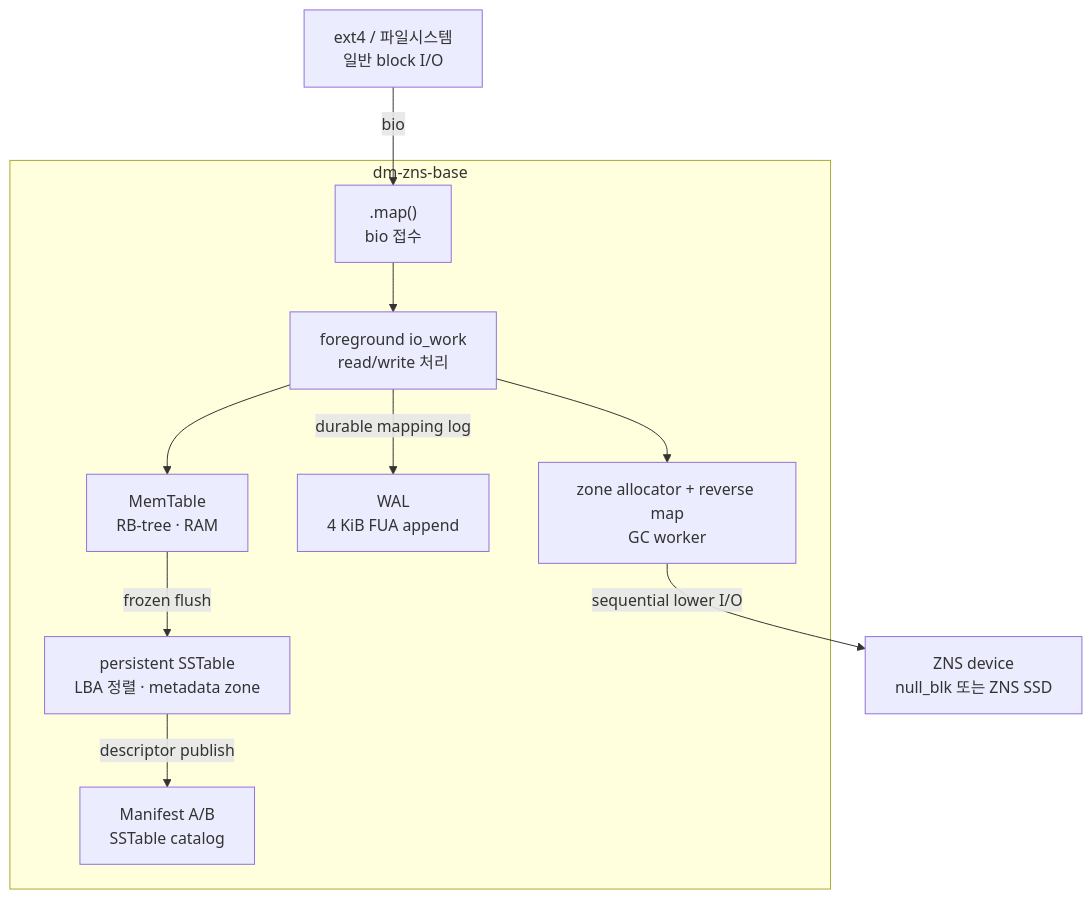
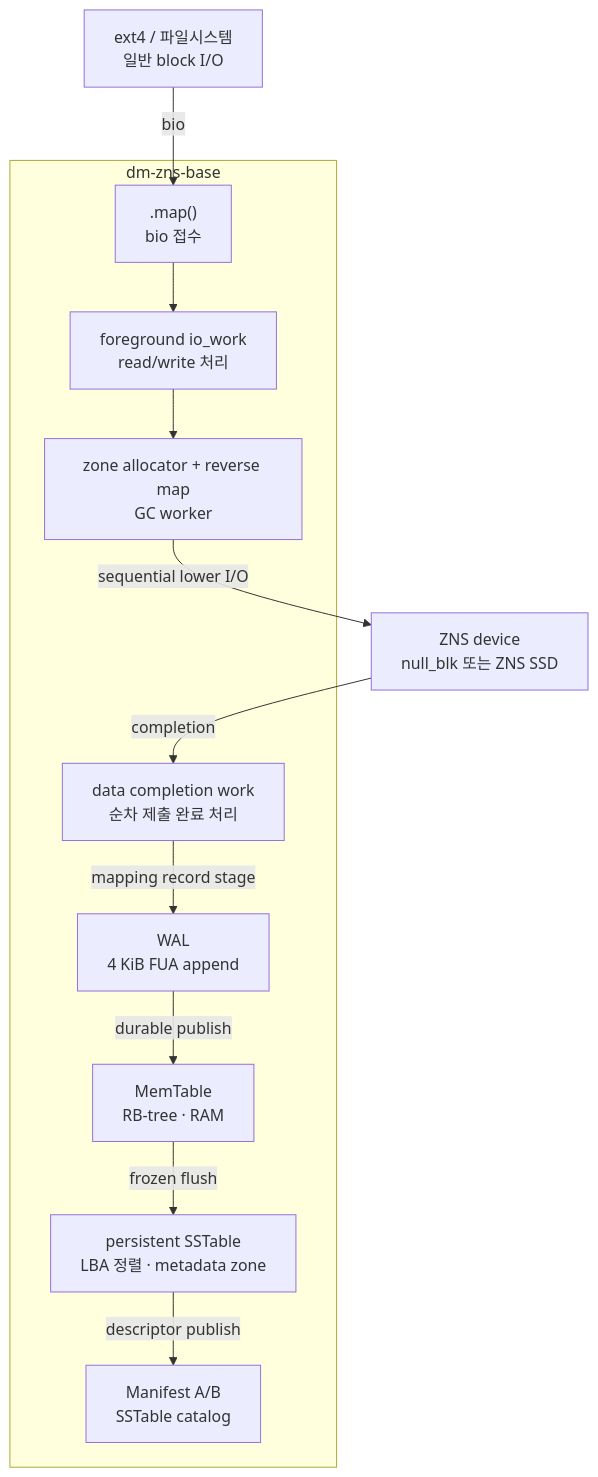
The first of 2 diagrams in README.md (ZnsCapstone/dm-zns-base), drawn with Mermaid before and after one commit. The commit also changed other lines of this file and 3 other files, not shown here.

Commit message:
feat : DATA 쓰기 교착 제거 및 WAL·SSTable 동시성 개선

````diff
--- a/README.md
+++ b/README.md
@@ -19,23 +19,25 @@
 ```mermaid
 flowchart TB
     FS["ext4 / 파일시스템<br/>일반 block I/O"]
 
     subgraph DM["dm-zns-base"]
         MAP[".map()\nbio 접수"]
         IOWQ["foreground io_work\nread/write 처리"]
+        DATAWQ["data completion work\n순차 제출 완료 처리"]
         MT["MemTable\nRB-tree · RAM"]
         WAL["WAL\n4 KiB FUA append"]
         SST["persistent SSTable\nLBA 정렬 · metadata zone"]
         MAN["Manifest A/B\nSSTable catalog"]
         ZONE["zone allocator + reverse map\nGC worker"]
     end
 
     DEV["ZNS device\nnull_blk 또는 ZNS SSD"]
 
     FS -->|bio| MAP --> IOWQ
-    IOWQ --> MT
+    DEV -->|completion| DATAWQ
+    DATAWQ -->|mapping record stage| WAL
+    WAL -->|durable publish| MT
     MT -->|frozen flush| SST
     SST -->|descriptor publish| MAN
-    IOWQ -->|durable mapping log| WAL
     IOWQ --> ZONE -->|sequential lower I/O| DEV
 ```
````
